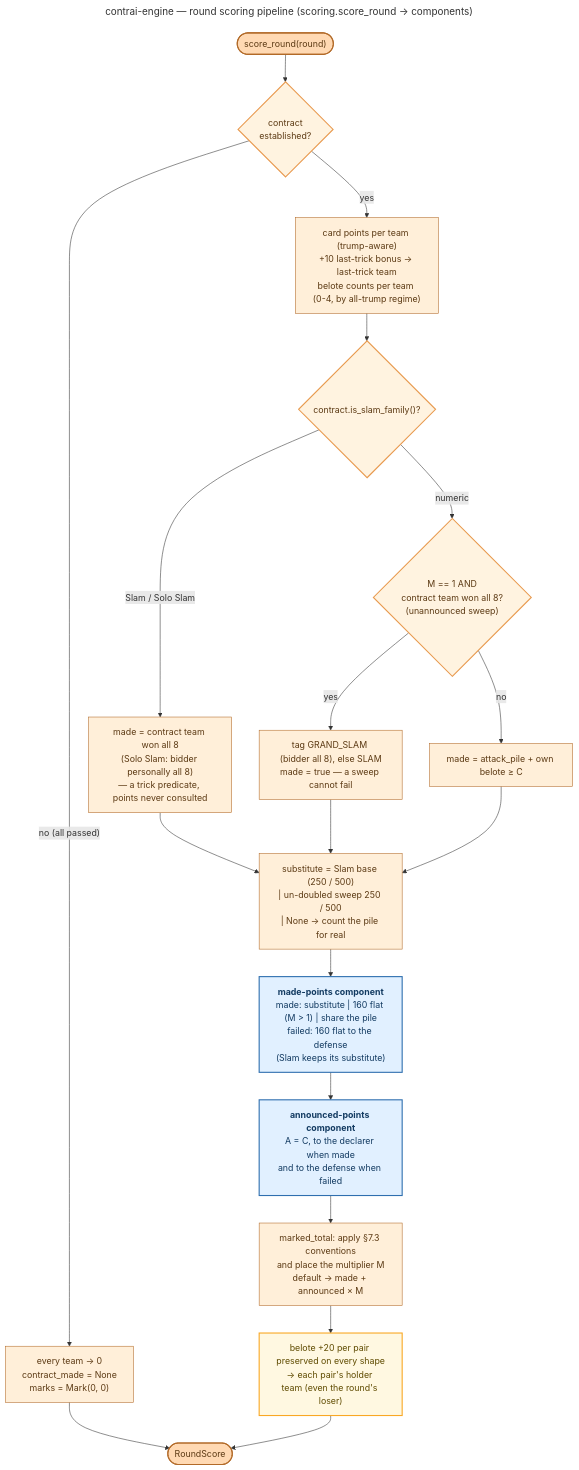
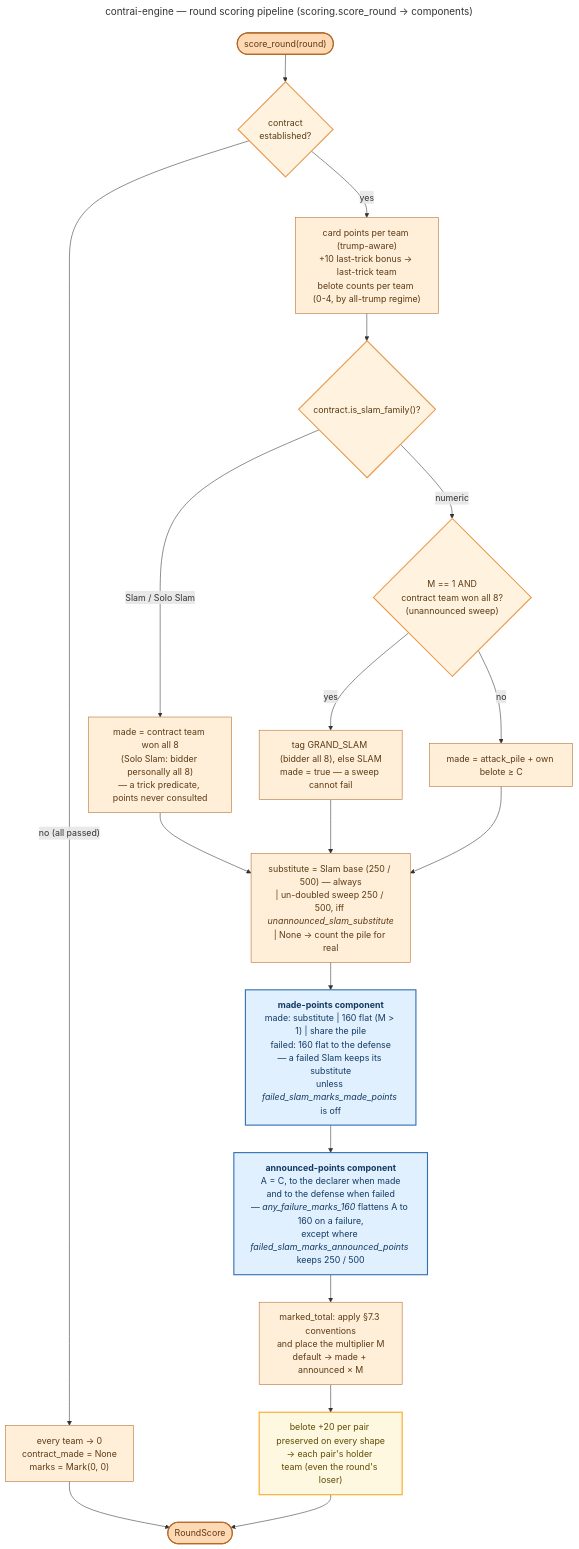
Before and after one commit to valmathieu/ContrAI: the diagram in docs/diagrams/flow_scoring.mmd, drawn with Mermaid. The commit also changed 6 other files, not shown here.

First line of the commit message:
feat(engine): reshape a failed contract on the table's failure switches

```diff
--- a/docs/diagrams/flow_scoring.mmd
+++ b/docs/diagrams/flow_scoring.mmd
@@ -1,49 +1,49 @@
 ---
 title: contrai-engine — round scoring pipeline (scoring.score_round → components)
 ---
 flowchart TD
     Start(["score_round(round)"]) --> HasContract{"contract<br/>established?"}
 
     HasContract -- "no (all passed)" --> Zero["every team → 0<br/>contract_made = None<br/>marks = Mark(0, 0)"]
     Zero --> End(["RoundScore"])
 
     HasContract -- "yes" --> Points["card points per team (trump-aware)<br/>+10 last-trick bonus → last-trick team<br/>belote counts per team (0-4, by all-trump regime)"]
     Points --> Judge{"contract.is_slam_family()?"}
 
     %% ---------- Judging made / failed ----------
     Judge -- "Slam / Solo Slam" --> SlamMade["made = contract team won all 8<br/>(Solo Slam: bidder personally all 8)<br/>— a trick predicate, points never consulted"]
     Judge -- "numeric" --> Sweep{"M == 1 AND<br/>contract team won all 8?<br/>(unannounced sweep)"}
     Sweep -- "yes" --> SweepTag["tag GRAND_SLAM (bidder all 8), else SLAM<br/>made = true — a sweep cannot fail"]
     Sweep -- "no" --> NumMade["made = attack_pile + own belote ≥ C"]
 
     %% ---------- The substitute ----------
     SlamMade --> Subst
     SweepTag --> Subst
     NumMade --> Subst
-    Subst["substitute = Slam base (250 / 500)<br/>| un-doubled sweep 250 / 500<br/>| None → count the pile for real"]
+    Subst["substitute = Slam base (250 / 500) — always<br/>| un-doubled sweep 250 / 500, iff <i>unannounced_slam_substitute</i><br/>| None → count the pile for real"]
 
     %% ---------- The two §7.2 components ----------
     Subst --> MadeComp
-    MadeComp["<b>made-points component</b><br/>made: substitute | 160 flat (M &gt; 1) | share the pile<br/>failed: 160 flat to the defense<br/>(Slam keeps its substitute)"]
+    MadeComp["<b>made-points component</b><br/>made: substitute | 160 flat (M &gt; 1) | share the pile<br/>failed: 160 flat to the defense<br/>— a failed Slam keeps its substitute<br/>unless <i>failed_slam_marks_made_points</i> is off"]
     MadeComp --> AnnComp
-    AnnComp["<b>announced-points component</b><br/>A = C, to the declarer when made<br/>and to the defense when failed"]
+    AnnComp["<b>announced-points component</b><br/>A = C, to the declarer when made<br/>and to the defense when failed<br/>— <i>any_failure_marks_160</i> flattens A to 160 on a failure,<br/>except where <i>failed_slam_marks_announced_points</i> keeps 250 / 500"]
 
     AnnComp --> Reduce["marked_total: apply §7.3 conventions<br/>and place the multiplier M<br/>default → made + announced × M"]
     Reduce --> Belote
 
     %% ---------- Shared belote footer ----------
     Belote["belote +20 per pair preserved on every shape<br/>→ each pair's holder team (even the round's loser)"]
     Belote --> End
 
     %% ---------- Engine-orange palette ----------
     classDef entry fill:#FFD9B3,stroke:#B26A28,stroke-width:2px,color:#5C3A14;
     classDef step fill:#FFEFD9,stroke:#B26A28,stroke-width:1px,color:#5C3A14;
     classDef decision fill:#FFF3E0,stroke:#E89A4F,stroke-width:2px,color:#5C3A14;
     classDef component fill:#E1F0FF,stroke:#2F6FAF,stroke-width:2px,color:#123A61;
     classDef belote fill:#FFF8E1,stroke:#F9A825,stroke-width:2px,color:#5F4B00;
 
     class Start,End entry;
     class HasContract,Judge,Sweep decision;
     class Zero,Points,SlamMade,SweepTag,NumMade,Subst,Reduce step;
     class MadeComp,AnnComp component;
     class Belote belote;
```
